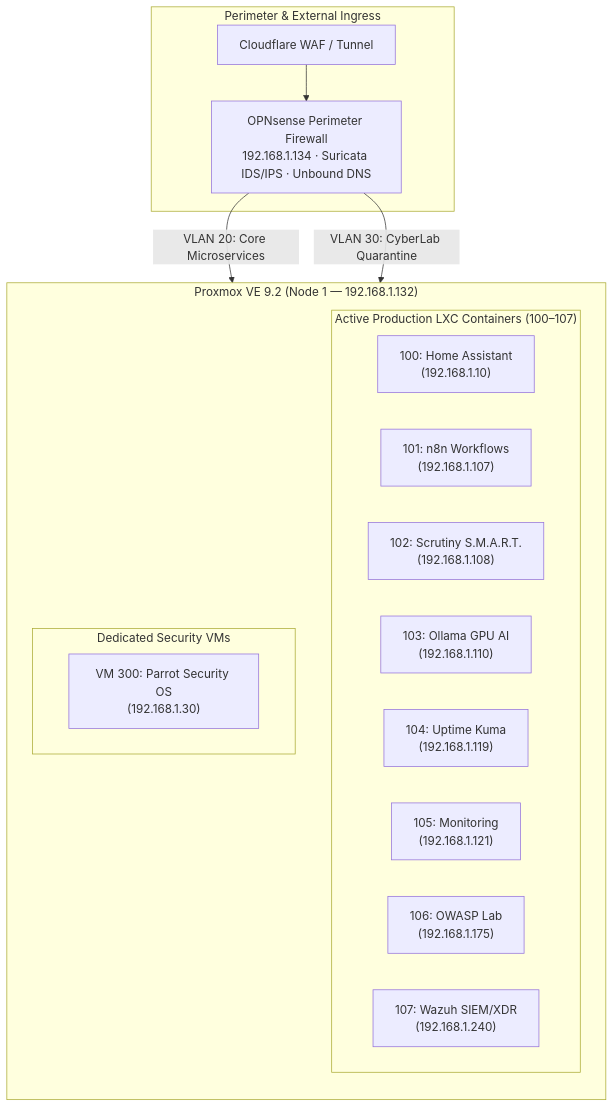
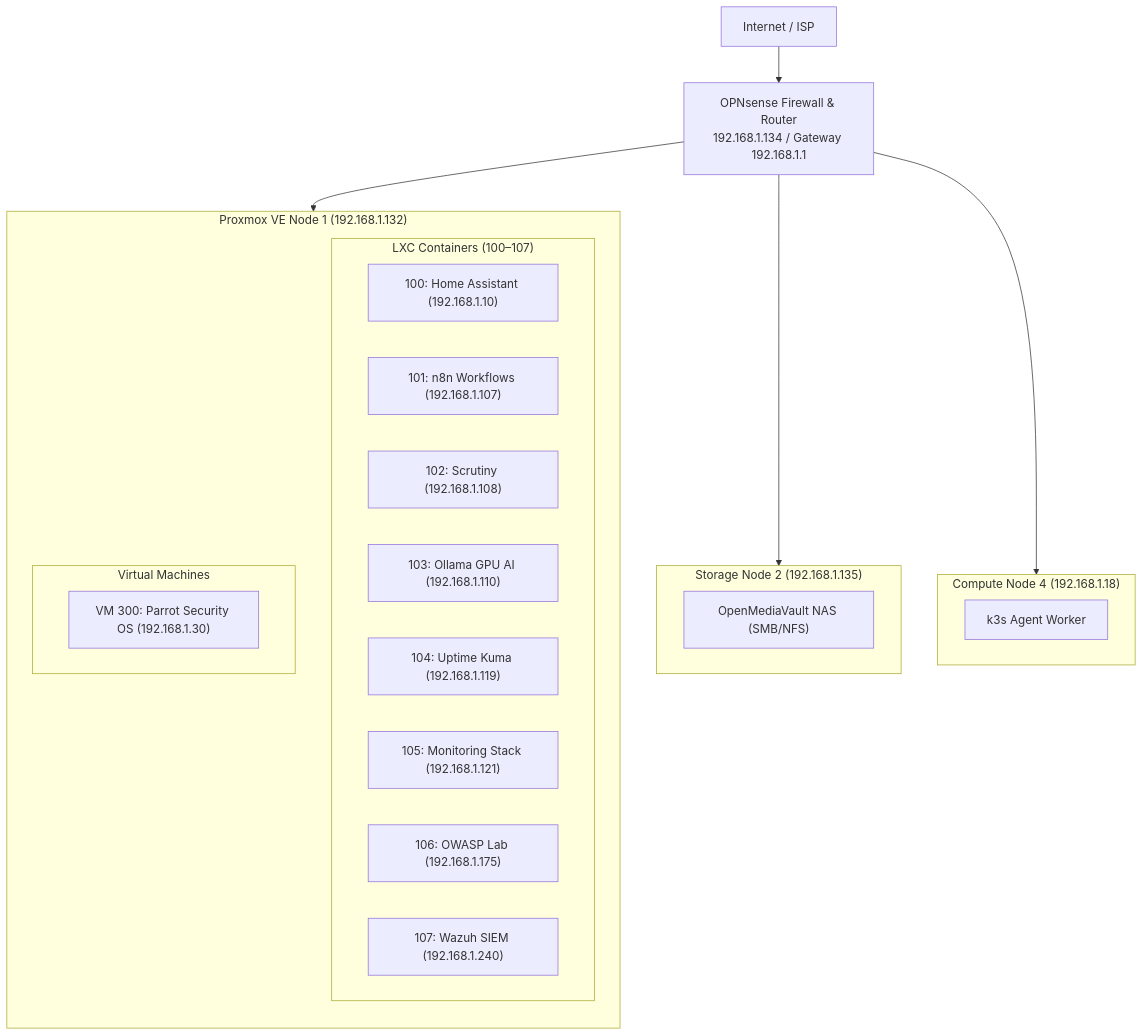
The diagram in README.md (stefanutc1/infrastructure), drawn with Mermaid before and after one commit. The commit also changed other lines of this file and 30 other files, not shown here.

````diff
--- a/README.md
+++ b/README.md
@@ -17,27 +28,34 @@
 ```mermaid
 flowchart TB
-    subgraph WAN_Edge["Perimeter & External Ingress"]
-        CF["Cloudflare WAF / Tunnel"] --> OPN["OPNsense Perimeter Firewall<br/>192.168.1.134 · Suricata IDS/IPS · Unbound DNS"]
-    end
+    WAN["Internet / ISP"] --> OPN["OPNsense Firewall & Router<br/>192.168.1.134 / Gateway 192.168.1.1"]
 
-    subgraph Proxmox_Fleet["Proxmox VE 9.2 (Node 1 — 192.168.1.132)"]
+    subgraph PVE["Proxmox VE Node 1 (192.168.1.132)"]
         direction TB
-        subgraph Core_LXC["Active Production LXC Containers (100–107)"]
-            HA["100: Home Assistant<br/>(192.168.1.10)"]
-            N8N["101: n8n Workflows<br/>(192.168.1.107)"]
-            SCR["102: Scrutiny S.M.A.R.T.<br/>(192.168.1.108)"]
-            OLL["103: Ollama GPU AI<br/>(192.168.1.110)"]
-            UK["104: Uptime Kuma<br/>(192.168.1.119)"]
-            MON["105: Monitoring<br/>(192.168.1.121)"]
-            OWASP["106: OWASP Lab<br/>(192.168.1.175)"]
-            WAZ["107: Wazuh SIEM/XDR<br/>(192.168.1.240)"]
+        subgraph LXC["LXC Containers (100–107)"]
+            HA["100: Home Assistant (192.168.1.10)"]
+            N8N["101: n8n Workflows (192.168.1.107)"]
+            SCR["102: Scrutiny (192.168.1.108)"]
+            OLL["103: Ollama GPU AI (192.168.1.110)"]
+            UK["104: Uptime Kuma (192.168.1.119)"]
+            MON["105: Monitoring Stack (192.168.1.121)"]
+            OWASP["106: OWASP Lab (192.168.1.175)"]
+            WAZ["107: Wazuh SIEM (192.168.1.240)"]
         end
 
-        subgraph Security_VMs["Dedicated Security VMs"]
-            PARROT["VM 300: Parrot Security OS<br/>(192.168.1.30)"]
+        subgraph VMS["Virtual Machines"]
+            PARROT["VM 300: Parrot Security OS (192.168.1.30)"]
         end
     end
 
-    OPN -->|"VLAN 20: Core Microservices"| Core_LXC
-    OPN -->|"VLAN 30: CyberLab Quarantine"| Security_VMs
+    subgraph STORAGE["Storage Node 2 (192.168.1.135)"]
+        OMV["OpenMediaVault NAS (SMB/NFS)"]
+    end
+
+    subgraph K8S["Compute Node 4 (192.168.1.18)"]
+        K3S["k3s Agent Worker"]
+    end
+
+    OPN --> PVE
+    OPN --> STORAGE
+    OPN --> K8S
 ```
````
